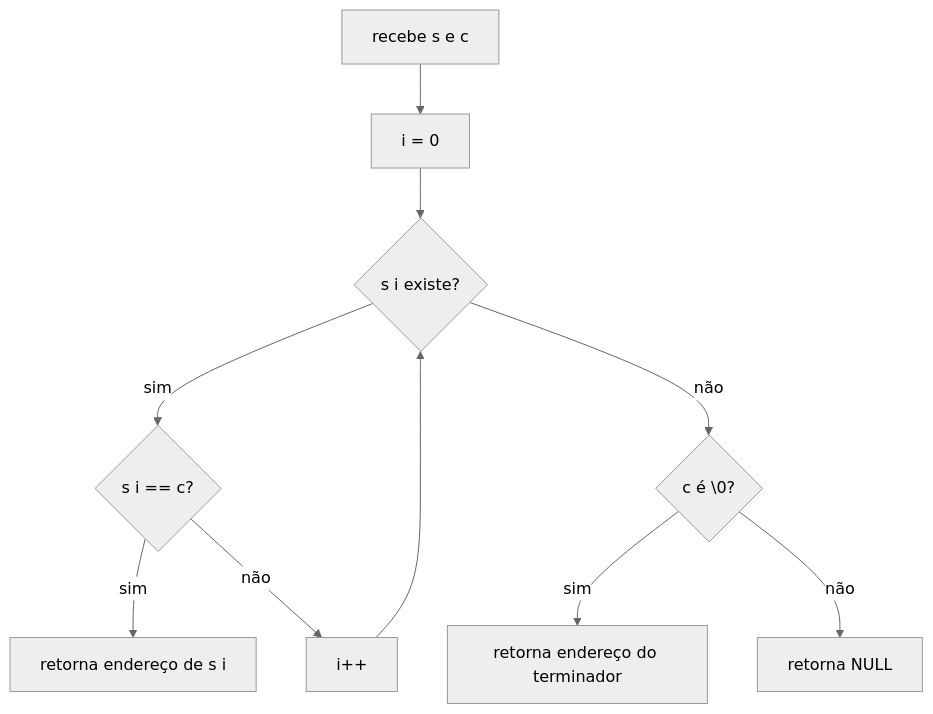
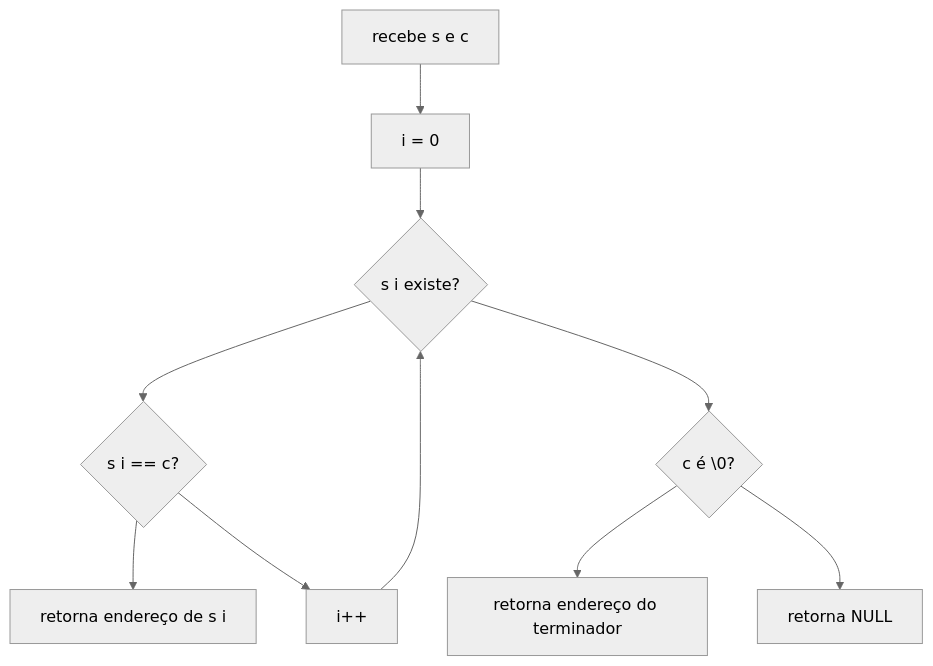
Before and after one commit to ahy-git/docs: diagram 15 of 43 in 1-libft/Readme.md, drawn with Mermaid (neutral theme). The commit also changed other lines of this file, not shown here.

````diff
--- a/1-libft/Readme.md
+++ b/1-libft/Readme.md
@@ -1337,12 +1337,12 @@
 ```mermaid
 flowchart TD
 	A["recebe s e c"] --> B["i = 0"]
 	B --> C{"s i existe?"}
-	C -- sim --> D{"s i == c?"}
-	D -- sim --> E["retorna endereço de s i"]
-	D -- não --> F["i++"]
+	C --> D{"s i == c?"}
+	D --> E["retorna endereço de s i"]
+	D --> F["i++"]
 	F --> C
-	C -- não --> G{"c é \0?"}
-	G -- sim --> H["retorna endereço do terminador"]
-	G -- não --> I["retorna NULL"]
+	C --> G{"c é \0?"}
+	G --> H["retorna endereço do terminador"]
+	G --> I["retorna NULL"]
 ```
````
